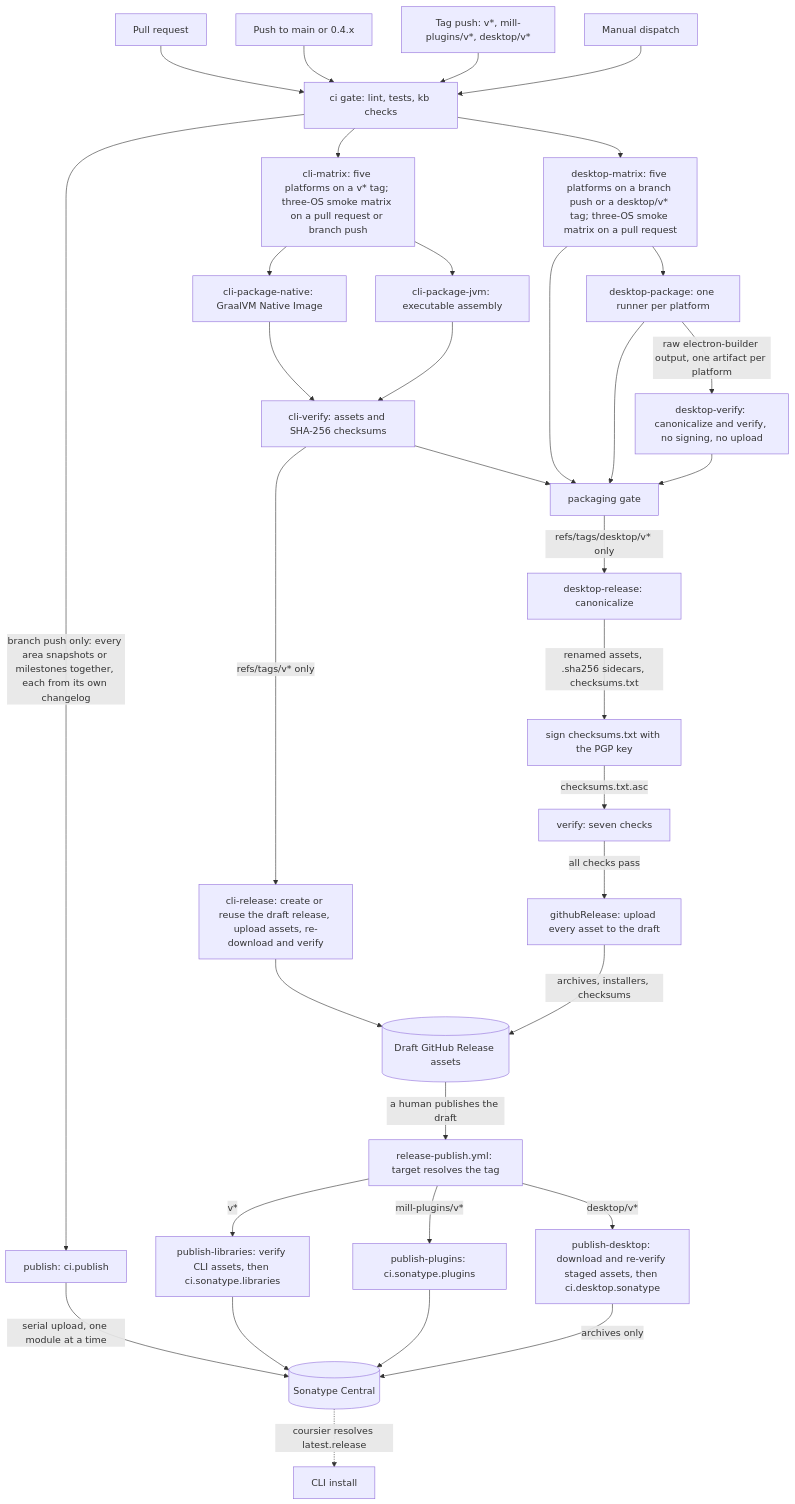
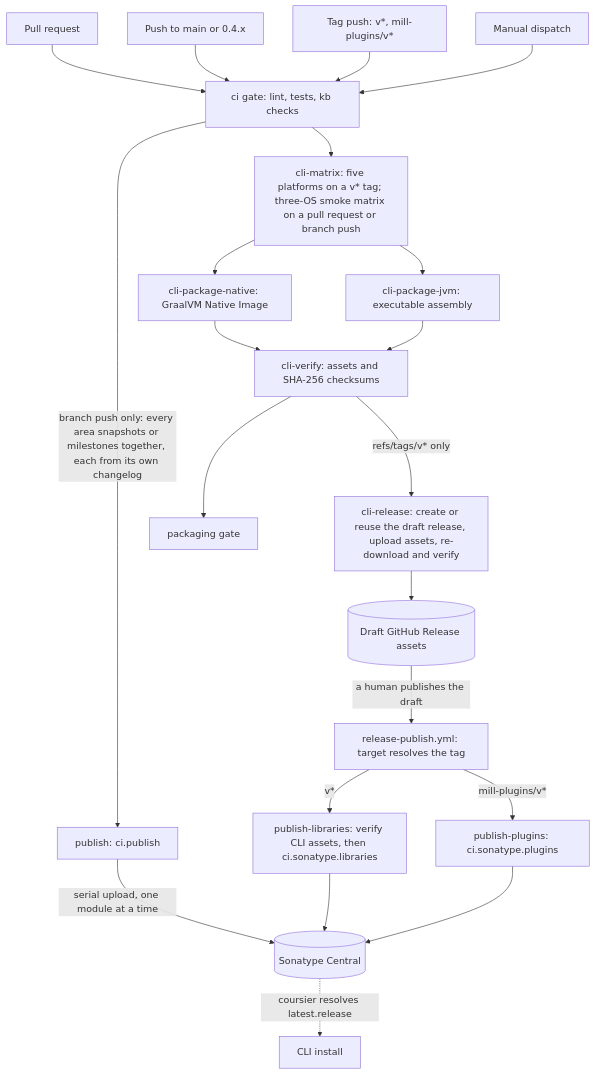
One commit to finos/morphir-scala changed the diagram in kb/bundles/morphir/morphir-scala/packaging-and-release.md. Above: the diagram before and after it, drawn with Mermaid. The commit also changed other lines of this file and 3 other files, not shown here.

````diff
--- a/kb/bundles/morphir/morphir-scala/packaging-and-release.md
+++ b/kb/bundles/morphir/morphir-scala/packaging-and-release.md
@@ -36,42 +34,27 @@
 ```mermaid
 flowchart TD
     PR[Pull request] --> Gate[ci gate: lint, tests, kb checks]
     Push[Push to main or 0.4.x] --> Gate
-    TagPush[Tag push: v*, mill-plugins/v*, desktop/v*] --> Gate
+    TagPush[Tag push: v*, mill-plugins/v*] --> Gate
     Dispatch[Manual dispatch] --> Gate
 
     Gate -->|branch push only: every area snapshots or milestones together, each from its own changelog| PublishAll[publish: ci.publish]
     PublishAll -->|serial upload, one module at a time| Sonatype[(Sonatype Central)]
 
     Gate --> CliMatrix[cli-matrix: five platforms on a v* tag; three-OS smoke matrix on a pull request or branch push]
     CliMatrix --> CliNative[cli-package-native: GraalVM Native Image]
     CliMatrix --> CliJvm[cli-package-jvm: executable assembly]
     CliNative --> CliVerify[cli-verify: assets and SHA-256 checksums]
     CliJvm --> CliVerify
-    CliVerify --> Packaging
+    CliVerify --> Packaging[packaging gate]
     CliVerify -->|refs/tags/v* only| CliRelease[cli-release: create or reuse the draft release, upload assets, re-download and verify]
-    CliRelease --> GhAssets
-
-    Gate --> Matrix[desktop-matrix: five platforms on a branch push or a desktop/v* tag; three-OS smoke matrix on a pull request]
-    Matrix --> Package[desktop-package: one runner per platform]
-    Package -->|raw electron-builder output, one artifact per platform| CiVerify[desktop-verify: canonicalize and verify, no signing, no upload]
-    Matrix --> Packaging[packaging gate]
-    Package --> Packaging
-    CiVerify --> Packaging
-
-    Packaging -->|refs/tags/desktop/v* only| Canon[desktop-release: canonicalize]
-    Canon -->|renamed assets, .sha256 sidecars, checksums.txt| Sign[sign checksums.txt with the PGP key]
-    Sign -->|checksums.txt.asc| Verify[verify: seven checks]
-    Verify -->|all checks pass| GhRelease[githubRelease: upload every asset to the draft]
-    GhRelease -->|archives, installers, checksums| GhAssets[(Draft GitHub Release assets)]
+    CliRelease --> GhAssets[(Draft GitHub Release assets)]
 
     GhAssets -->|a human publishes the draft| RelPub[release-publish.yml: target resolves the tag]
     RelPub -->|v*| PromoteLib[publish-libraries: verify CLI assets, then ci.sonatype.libraries]
     RelPub -->|mill-plugins/v*| PromotePlugins[publish-plugins: ci.sonatype.plugins]
-    RelPub -->|desktop/v*| PromoteDesktop[publish-desktop: download and re-verify staged assets, then ci.desktop.sonatype]
     PromoteLib --> Sonatype
     PromotePlugins --> Sonatype
-    PromoteDesktop -->|archives only| Sonatype
 
     Sonatype -.->|coursier resolves latest.release| Cli[CLI install]
 ```
````
